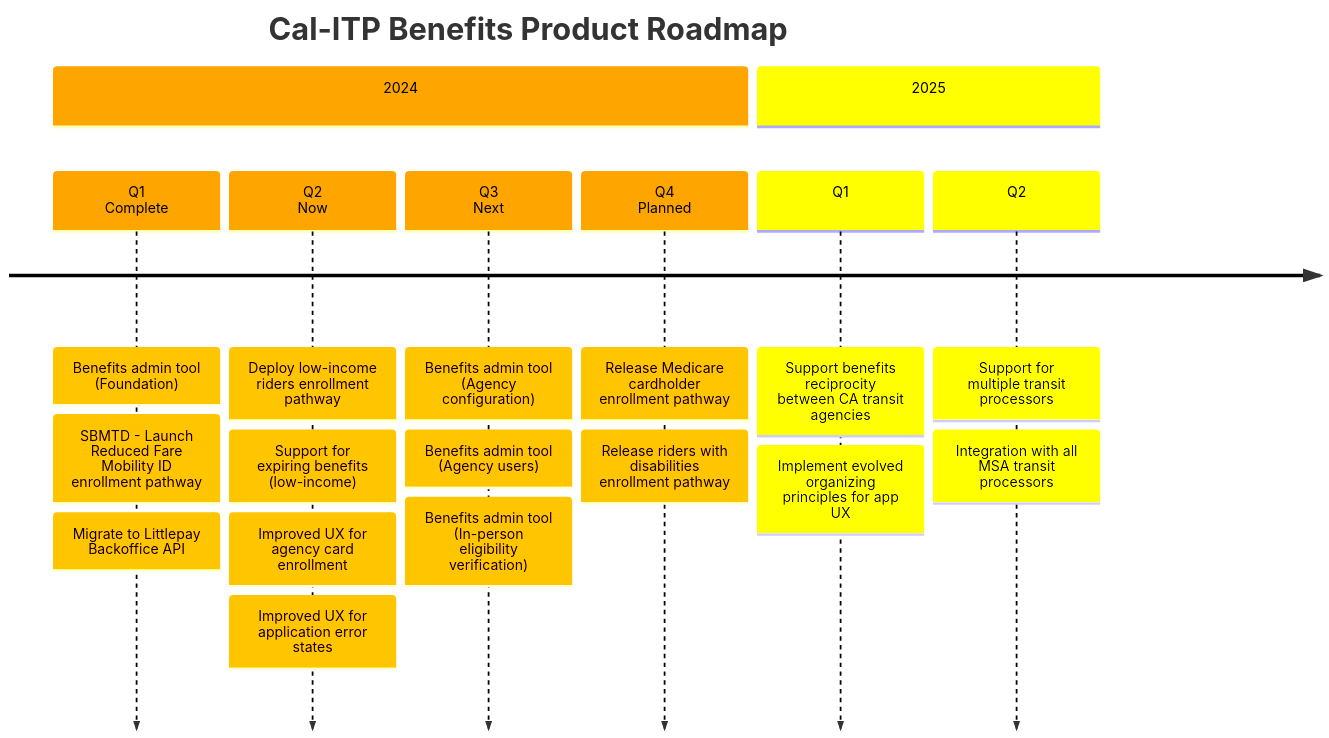
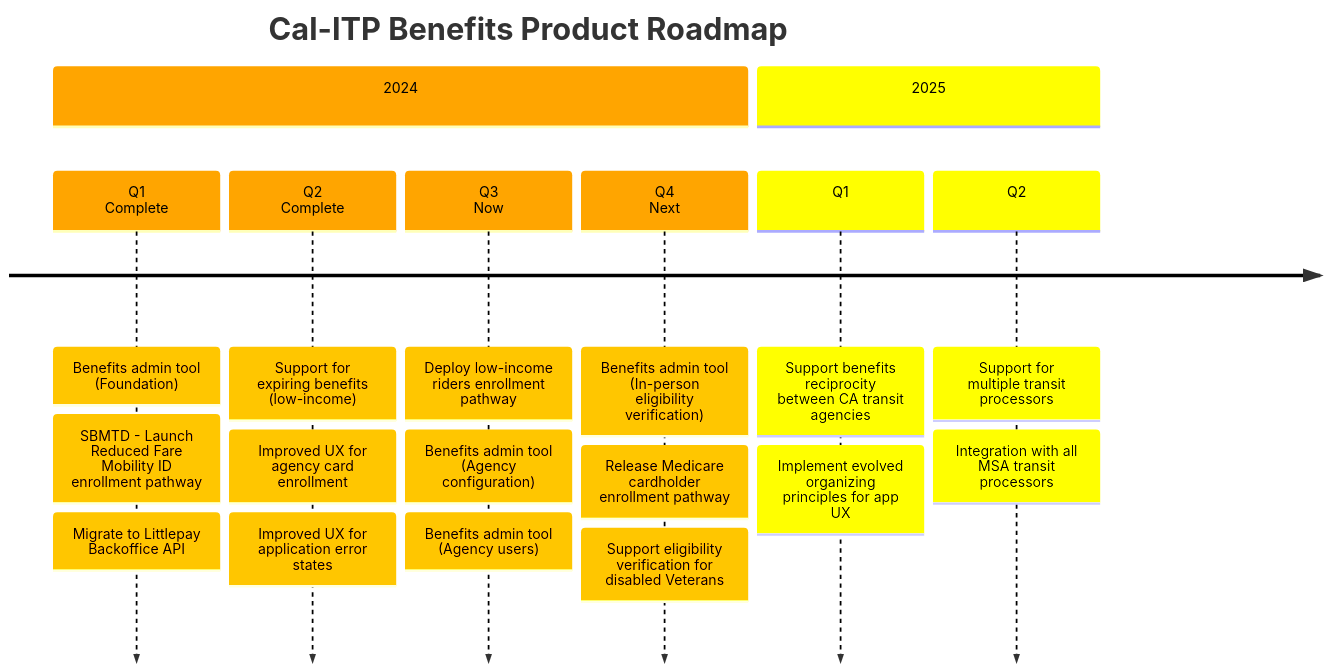
One commit to cal-itp/benefits changed the diagram in docs/enrollment-pathways/README.md. Above: the diagram before and after it, drawn with Mermaid.

Commit message:
Q3 Roadmap Update
- Updated status labels for each quarter in 2024
- Moved low-income enrollment pathway to Q3
- Moved Admin (in-person eligibility verification) to Q4
- Added eligibility verification for disabled Veterans (new API)

````diff
--- a/docs/enrollment-pathways/README.md
+++ b/docs/enrollment-pathways/README.md
@@ -19,54 +19,53 @@
 ```mermaid
 timeline
     title Cal-ITP Benefits Product Roadmap
 %% Cal-ITP Benefits Epics (2024)
           section 2024
 
           Q1<br>Complete
           : Benefits admin tool (Foundation)
           : SBMTD - Launch Reduced Fare Mobility ID enrollment pathway
           : Migrate to Littlepay Backoffice API
 
-          Q2<br>Now
-          : Deploy low-income riders enrollment pathway
+          Q2<br>Complete
           : Support for expiring benefits (low-income)
           : Improved UX for agency card enrollment
           : Improved UX for application error states
-          %% : Release enhancements to Veterans pathway
 
-          Q3<br>Next
+          Q3<br>Now
+          : Deploy low-income riders enrollment pathway
           : Benefits admin tool (Agency configuration)
           : Benefits admin tool (Agency users)
+          
+          Q4<br>Next
           : Benefits admin tool (In-person eligibility verification)
-
-          Q4<br>Planned
           : Release Medicare cardholder enrollment pathway
-          : Release riders with disabilities enrollment pathway
+          : Support eligibility verification for disabled Veterans
 
 %% Cal-ITP Benefits Epics (2025)
           section 2025
 
           Q1
           : Support benefits reciprocity between CA transit agencies
           : Implement evolved organizing principles for app UX
 
           Q2
           : Support for multiple transit processors
           : Integration with all MSA transit processors
 
 %%{
     init: {
         'logLevel': 'debug',
         'theme': 'default' ,
         'themeVariables': {
             'cScale0': '#ffa500', 'cScaleLabel0': '#000000',
             'cScale1': '#ffff00', 'cScaleLabel1': '#000000',
             'cScale2': '#ffff00', 'cScaleLabel2': '#000000',
             'cScale3': '#008000', 'cScaleLabel3': '#ffffff',
             'cScale4': '#0000ff', 'cScaleLabel4': '#ffffff',
             'cScale5': '#4b0082', 'cScaleLabel5': '#ffffff',
             'cScale6': '#000000', 'cScaleLabel6': '#ffffff'
         }
     }
 }%%
 ```
````
